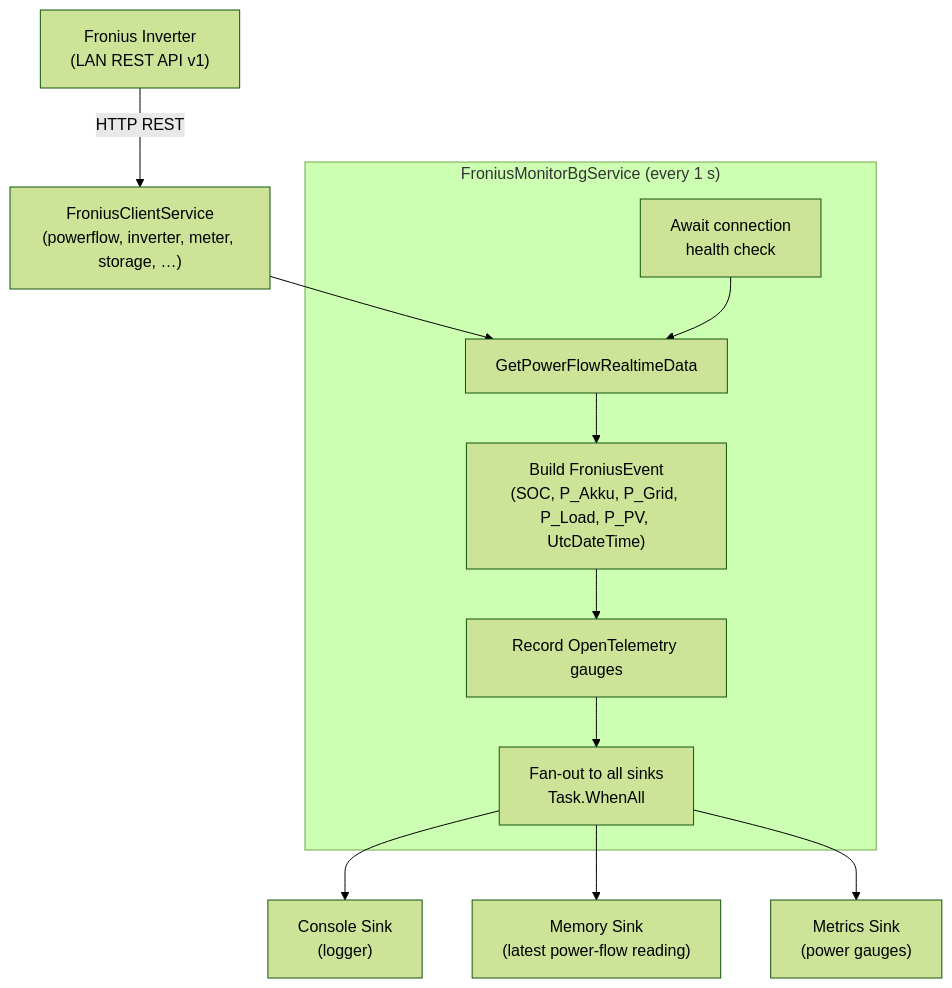
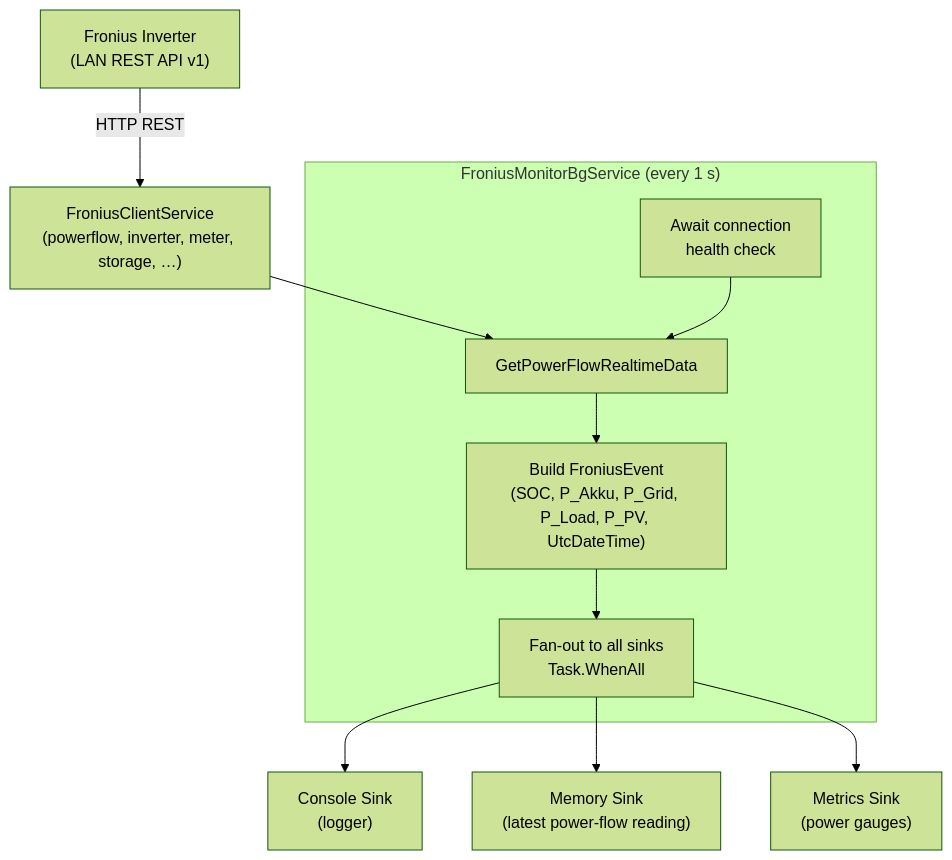
The diagram in src/CasCap.Api.Fronius/README.md (f2calv/SmartHaus), drawn with Mermaid (forest theme) before and after one commit. The commit also changed other lines of this file and 34 other files, not shown here.

````diff
--- a/src/CasCap.Api.Fronius/README.md
+++ b/src/CasCap.Api.Fronius/README.md
@@ -32,25 +58,24 @@
 ```mermaid
 flowchart TD
     INVERTER["Fronius Inverter\n(LAN REST API v1)"]
 
     subgraph Monitor["FroniusMonitorBgService (every 1 s)"]
         HEALTH["Await connection\nhealth check"]
         FETCH["GetPowerFlowRealtimeData"]
         BUILD["Build FroniusEvent\n(SOC, P_Akku, P_Grid, P_Load, P_PV, UtcDateTime)"]
-        METRICS["Record OpenTelemetry gauges"]
         DISPATCH["Fan-out to all sinks\nTask.WhenAll"]
     end
 
     SINK_CONSOLE["Console Sink\n(logger)"]
     SINK_MEMORY["Memory Sink\n(latest power-flow reading)"]
     SINK_METRICS["Metrics Sink\n(power gauges)"]
 
     CLIENT["FroniusClientService\n(powerflow, inverter, meter, storage, …)"]
 
     INVERTER -->|HTTP REST| CLIENT
     CLIENT --> FETCH
-    HEALTH --> FETCH --> BUILD --> METRICS --> DISPATCH
+    HEALTH --> FETCH --> BUILD --> DISPATCH
     DISPATCH --> SINK_CONSOLE
     DISPATCH --> SINK_MEMORY
     DISPATCH --> SINK_METRICS
 ```
````
